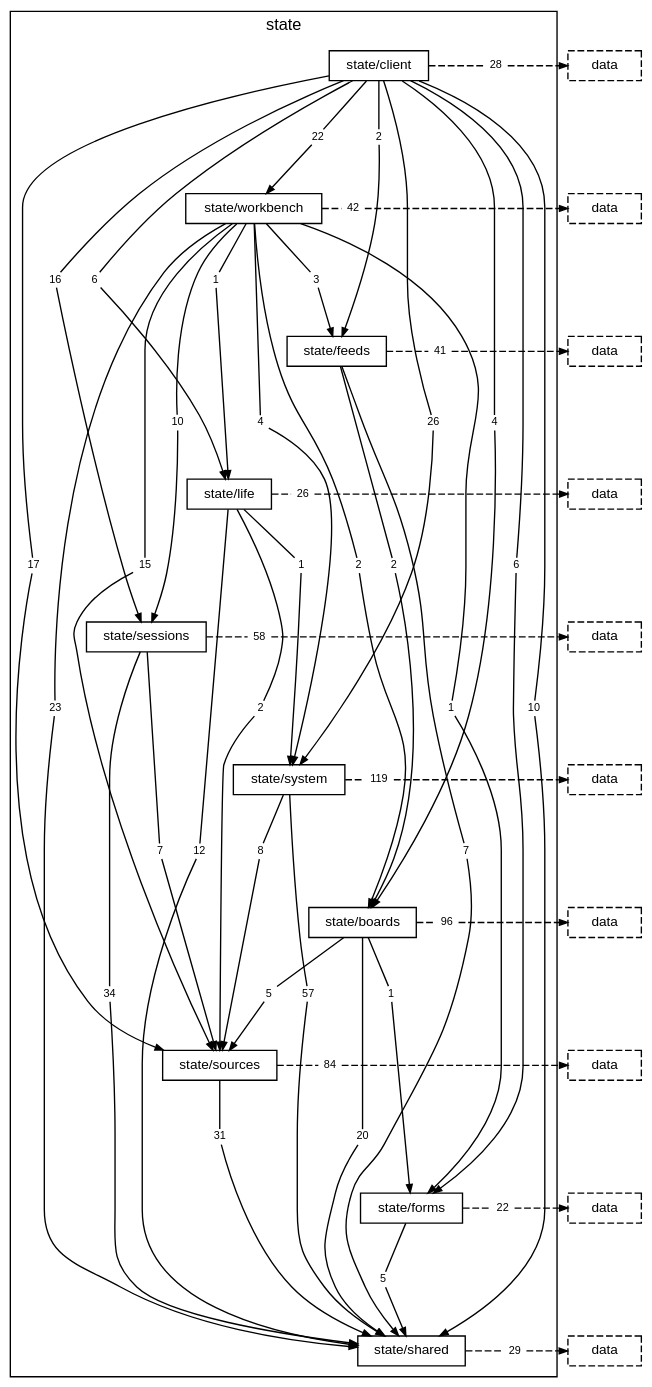
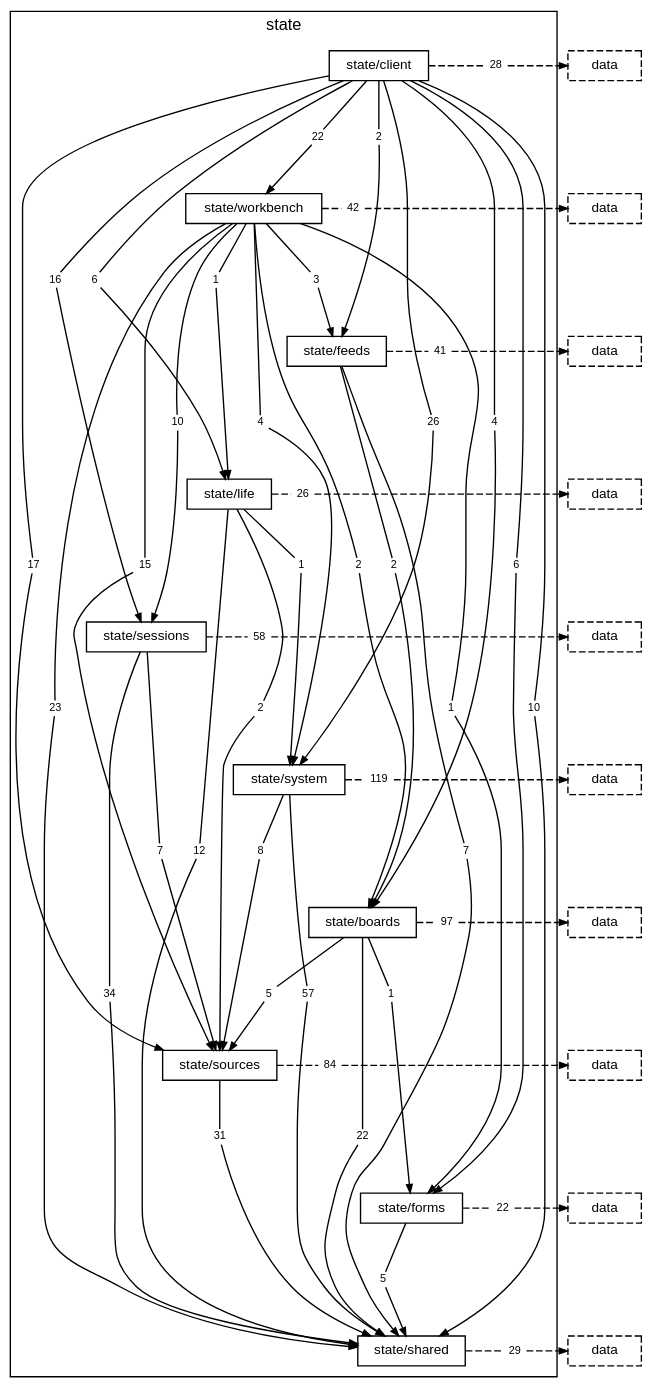
Before and after one commit to TheAxeC/oculus: the diagram in docs/diagrams/layer-state.dot, drawn with Graphviz. The commit also changed 28 other files, not shown here.

```diff
--- a/docs/diagrams/layer-state.dot
+++ b/docs/diagrams/layer-state.dot
@@ -47,9 +47,9 @@
         "folder state/system to folder state/sources" [label="8", shape=box, color="transparent", fontsize=8, width=0, height=0, margin="0.04,0.02"];
         "folder state/system to layer data" [label="119", shape=box, color="transparent", fontsize=8, width=0, height=0, margin="0.04,0.02"];
         "folder state/boards to folder state/forms" [label="1", shape=box, color="transparent", fontsize=8, width=0, height=0, margin="0.04,0.02"];
-        "folder state/boards to folder state/shared" [label="20", shape=box, color="transparent", fontsize=8, width=0, height=0, margin="0.04,0.02"];
+        "folder state/boards to folder state/shared" [label="22", shape=box, color="transparent", fontsize=8, width=0, height=0, margin="0.04,0.02"];
         "folder state/boards to folder state/sources" [label="5", shape=box, color="transparent", fontsize=8, width=0, height=0, margin="0.04,0.02"];
-        "folder state/boards to layer data" [label="96", shape=box, color="transparent", fontsize=8, width=0, height=0, margin="0.04,0.02"];
+        "folder state/boards to layer data" [label="97", shape=box, color="transparent", fontsize=8, width=0, height=0, margin="0.04,0.02"];
         "folder state/sources to folder state/shared" [label="31", shape=box, color="transparent", fontsize=8, width=0, height=0, margin="0.04,0.02"];
         "folder state/sources to layer data" [label="84", shape=box, color="transparent", fontsize=8, width=0, height=0, margin="0.04,0.02"];
         "folder state/forms to folder state/shared" [label="5", shape=box, color="transparent", fontsize=8, width=0, height=0, margin="0.04,0.02"];
```
